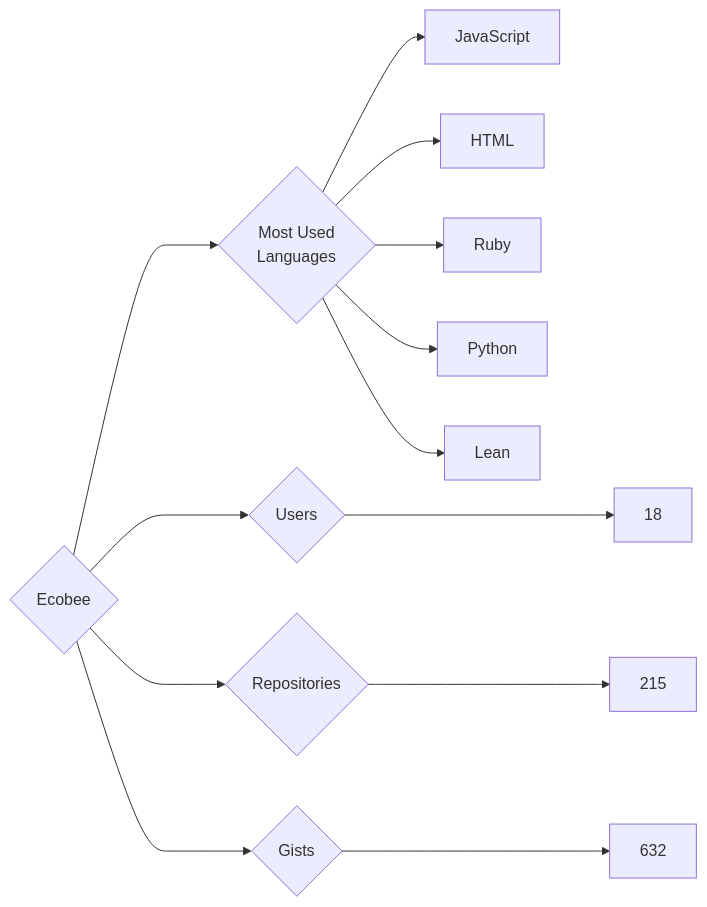
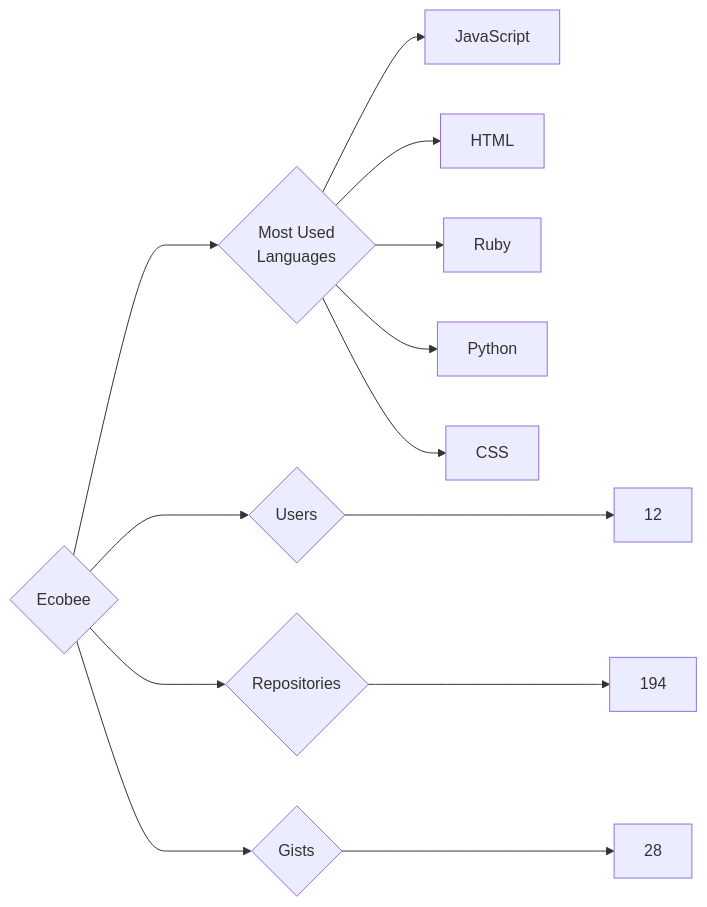
One commit to trickest/insiders changed the diagram in targets/Ecobee/README.md. Above: the diagram before and after it, drawn with Mermaid. The commit also changed 723 other files, not shown here.

````diff
--- a/targets/Ecobee/README.md
+++ b/targets/Ecobee/README.md
@@ -3,13 +3,13 @@
 ```mermaid
 graph LR
 COMPANY_NAME{Ecobee}
-COMPANY_NAME ---> U{Users} ---> UN[18]
-COMPANY_NAME ---> R{Repositories} ---> RN[215]
-COMPANY_NAME ---> G{Gists} ---> GN[632]
+COMPANY_NAME ---> U{Users} ---> UN[12]
+COMPANY_NAME ---> R{Repositories} ---> RN[194]
+COMPANY_NAME ---> G{Gists} ---> GN[28]
 COMPANY_NAME ---> ML{Most Used<br>Languages}
 ML --> JavaScript[JavaScript]
 ML --> HTML[HTML]
 ML --> Ruby[Ruby]
 ML --> Python[Python]
-ML --> Lean[Lean]
+ML --> CSS[CSS]
 ```
````
